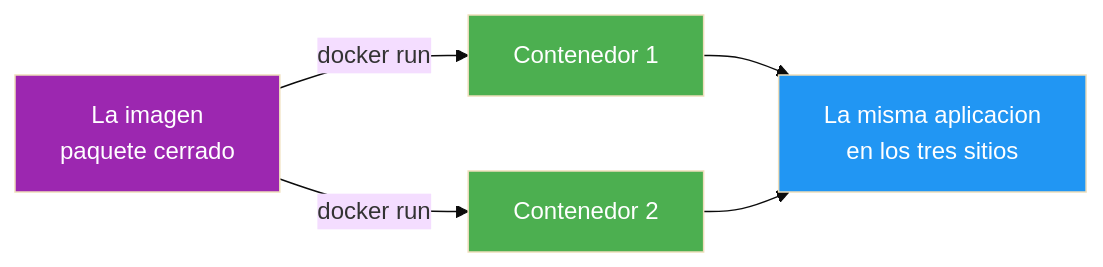
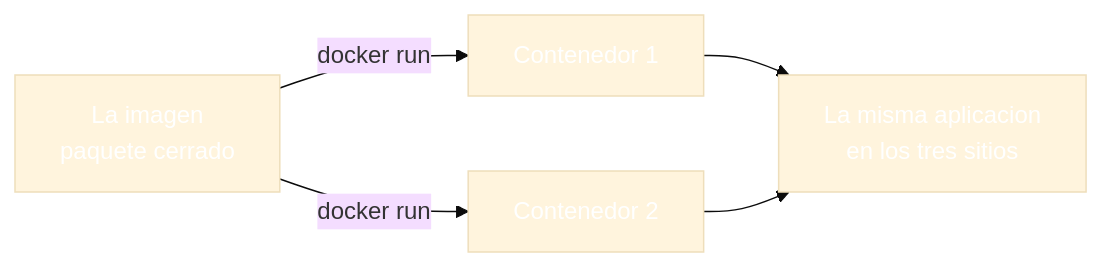
The second of 6 diagrams in 25-docker-despliegue.md (joseluisgs/DesarrolloWebEntornosServidor-03-2026-2027), drawn with Mermaid (base theme) before and after one commit. The commit also changed other lines of this file and 30 other files, not shown here.

````diff
--- a/25-docker-despliegue.md
+++ b/25-docker-despliegue.md
@@ -94,11 +94,11 @@
 ```mermaid
 graph LR
     I["La imagen<br/>paquete cerrado"] -->|"docker run"| C1["Contenedor 1"]
     I -->|"docker run"| C2["Contenedor 2"]
     C1 --> V["La misma aplicacion<br/>en los tres sitios"]
     C2 --> V
-    style I fill:#9C27B0,color:#fff
-    style C1 fill:#4CAF50,color:#fff
-    style C2 fill:#4CAF50,color:#fff
-    style V fill:#2196F3,color:#fff
+    style I fill:#9C27B,color:#fff0,color:#fff
+    style C1 fill:#4CAF5,color:#fff0,color:#fff
+    style C2 fill:#4CAF5,color:#fff0,color:#fff
+    style V fill:#2196F,color:#fff3,color:#fff
 ```
````
